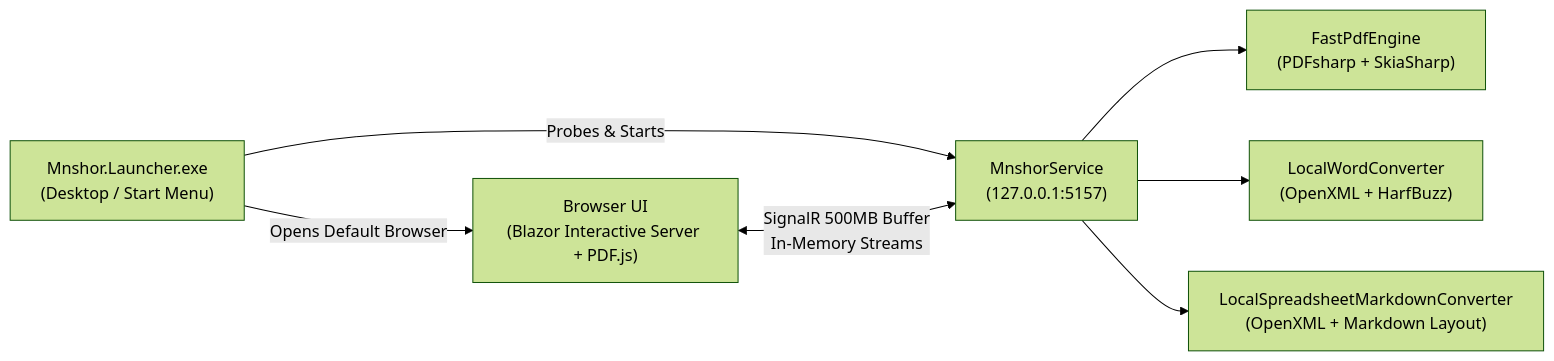
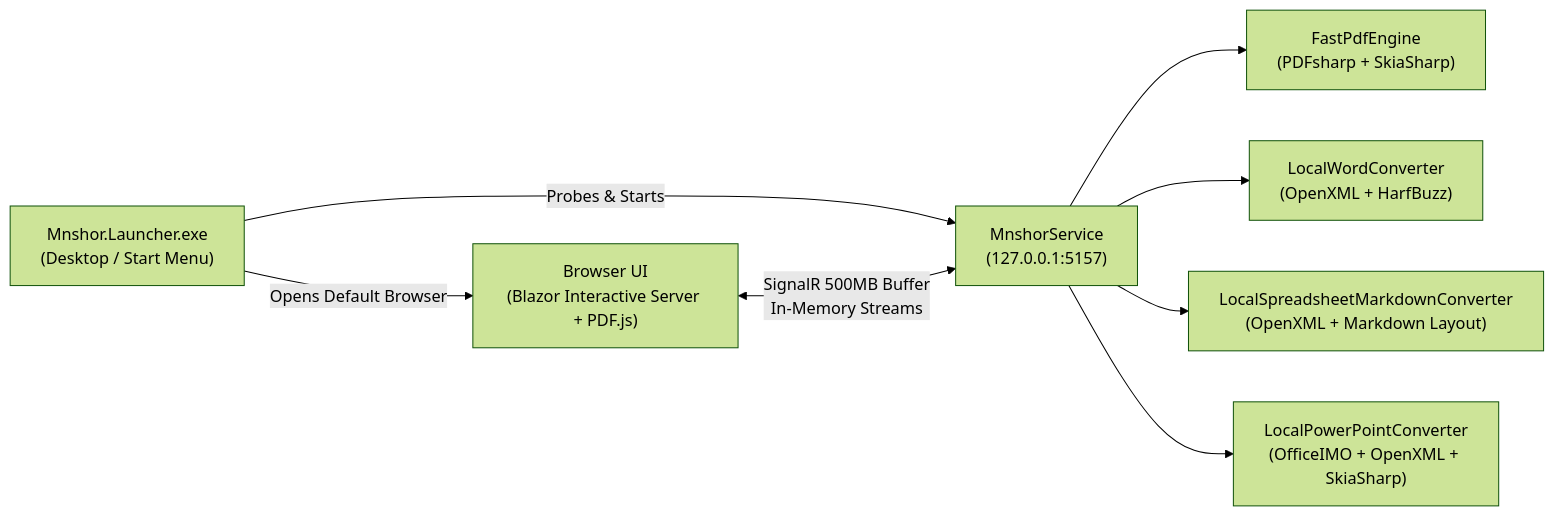
Before and after one commit to amdnaji/mnshor: the diagram in README.md, drawn with Mermaid (forest theme). The commit also changed other lines of this file and 13 other files, not shown here.

Commit message:
feat(powerpoint): add bidirectional PowerPoint (.pptx) <-> PDF converter with live progress UI

````diff
--- a/README.md
+++ b/README.md
@@ -59,9 +60,10 @@
 ```mermaid
 flowchart LR
     Launcher["Mnshor.Launcher.exe<br/>(Desktop / Start Menu)"] -->|Probes & Starts| Service["MnshorService<br/>(127.0.0.1:5157)"]
     Launcher -->|Opens Default Browser| Browser["Browser UI<br/>(Blazor Interactive Server + PDF.js)"]
     Browser <-->|SignalR 500MB Buffer<br/>In-Memory Streams| Service
     Service --> PdfEngine["FastPdfEngine<br/>(PDFsharp + SkiaSharp)"]
     Service --> WordEngine["LocalWordConverter<br/>(OpenXML + HarfBuzz)"]
     Service --> SheetMdEngine["LocalSpreadsheetMarkdownConverter<br/>(OpenXML + Markdown Layout)"]
+    Service --> PptxEngine["LocalPowerPointConverter<br/>(OfficeIMO + OpenXML + SkiaSharp)"]
 ```
````
